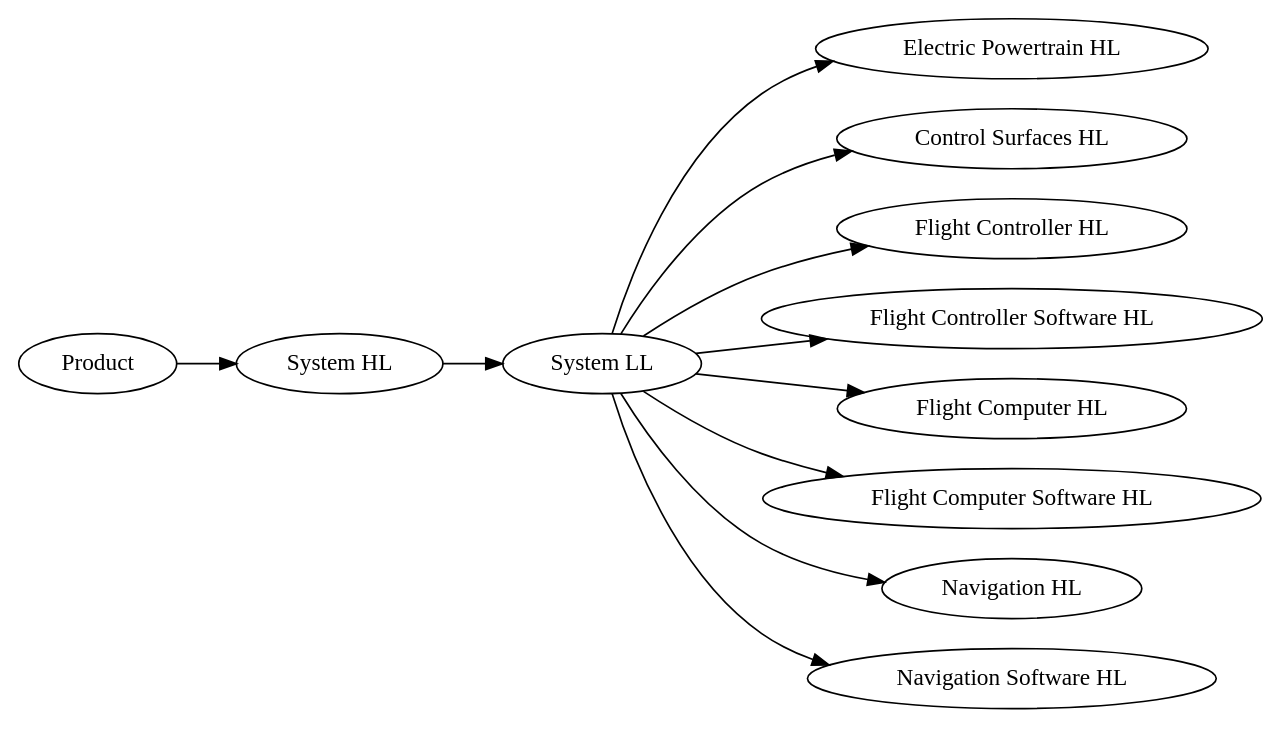
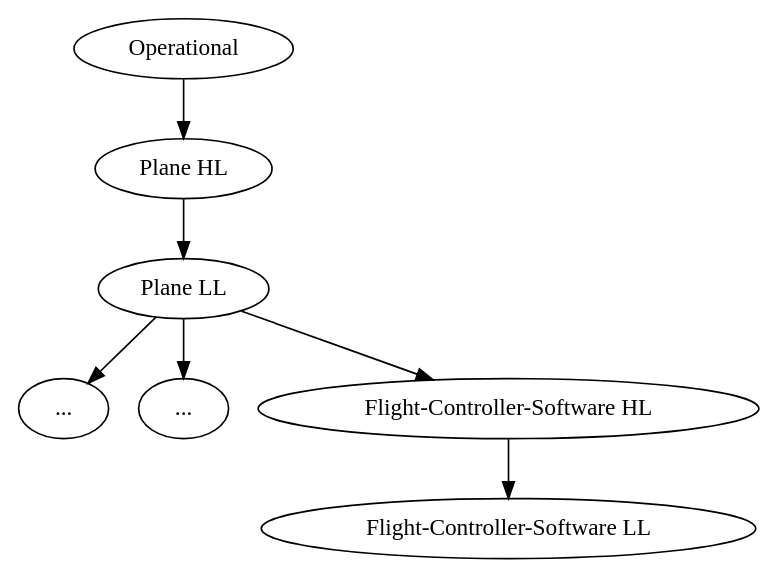
Before and after one commit to ToolboxPlane/Design: the diagram in chapters/02_requirements/00_requirements.dot, drawn with Graphviz. The commit also changed 15 other files, not shown here.

```diff
--- a/chapters/02_requirements/00_requirements.dot
+++ b/chapters/02_requirements/00_requirements.dot
@@ -1,54 +1,41 @@
 digraph {
-    rankdir = "LR";
-    Prod [
-        label = "Product";
+    rankdir = "TB";
+    OP [
+        label = "Operational";
     ]
 
-    SysHL [
-        label = "System HL";
+    PlaneHL [
+        label = "Plane HL";
     ]
 
-    SysLL [
-        label = "System LL";
-    ]
-
-    EpHL [
-        label = "Electric Powertrain HL";
-    ]
-    CsHL [
-        label = "Control Surfaces HL";
-    ]
-    FcHL [
-        label = "Flight Controller HL";
-    ]
-    FcsHL [
-        label = "Flight Controller Software HL";
-    ]
-    FcpHL [
-        label = "Flight Computer HL";
-    ]
-    FcpsHL [
-        label = "Flight Computer Software HL";
-    ]
-
-    NavHL [
-        label = "Navigation HL";
-    ]
-
-    NavsHL [
-        label = "Navigation Software HL";
+    PlaneLL [
+        label = "Plane LL";
     ]
 
 
-    Prod -> SysHL;
-    SysHL -> SysLL;
+    Other0HL [
+        label = "...";
+    ]
+    Other1HL [
+        label = "...";
+    ]
 
-    SysLL -> EpHL;
-    SysLL -> CsHL;
-    SysLL -> FcHL;
-    SysLL -> FcsHL;
-    SysLL -> FcpHL;
-    SysLL -> FcpsHL;
-    SysLL -> NavHL
-    SysLL -> NavsHL
+    FcsHL [
+        label = "Flight-Controller-Software HL";
+    ]
+    FcsLL [
+        label = "Flight-Controller-Software LL";
+    ]
+
+
+
+    OP -> PlaneHL -> PlaneLL;
+
+    PlaneLL -> Other0HL;
+    PlaneLL -> FcsHL;
+    PlaneLL -> Other1HL;
+
+    FcsHL -> FcsLL;
+
+
 }
```
